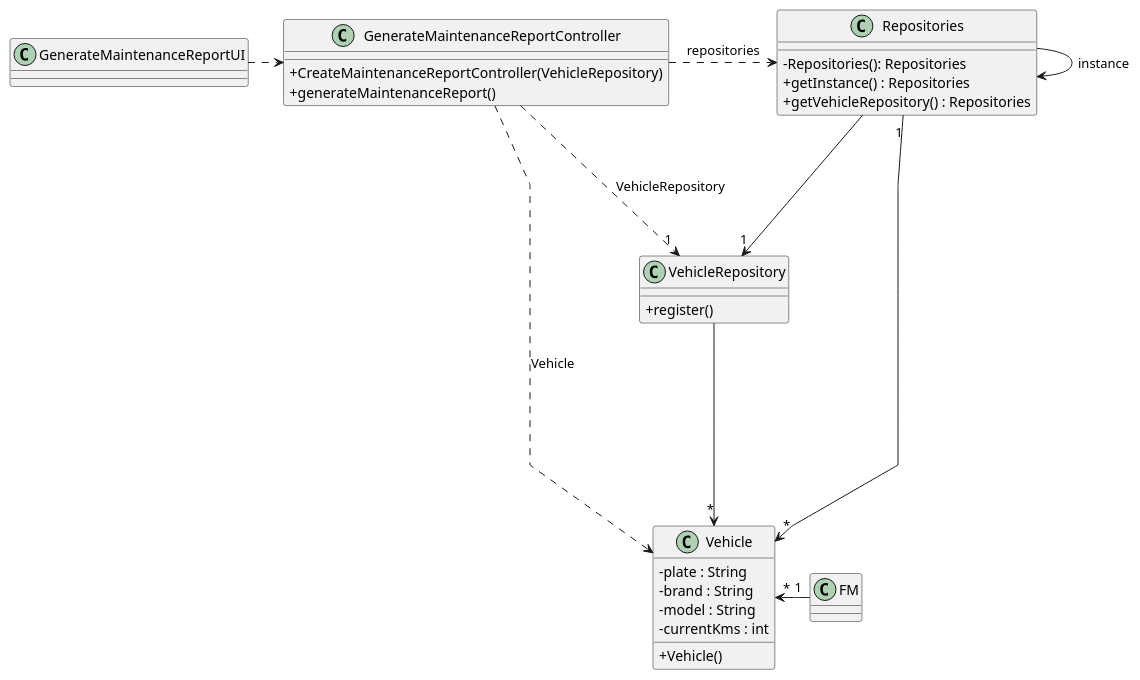
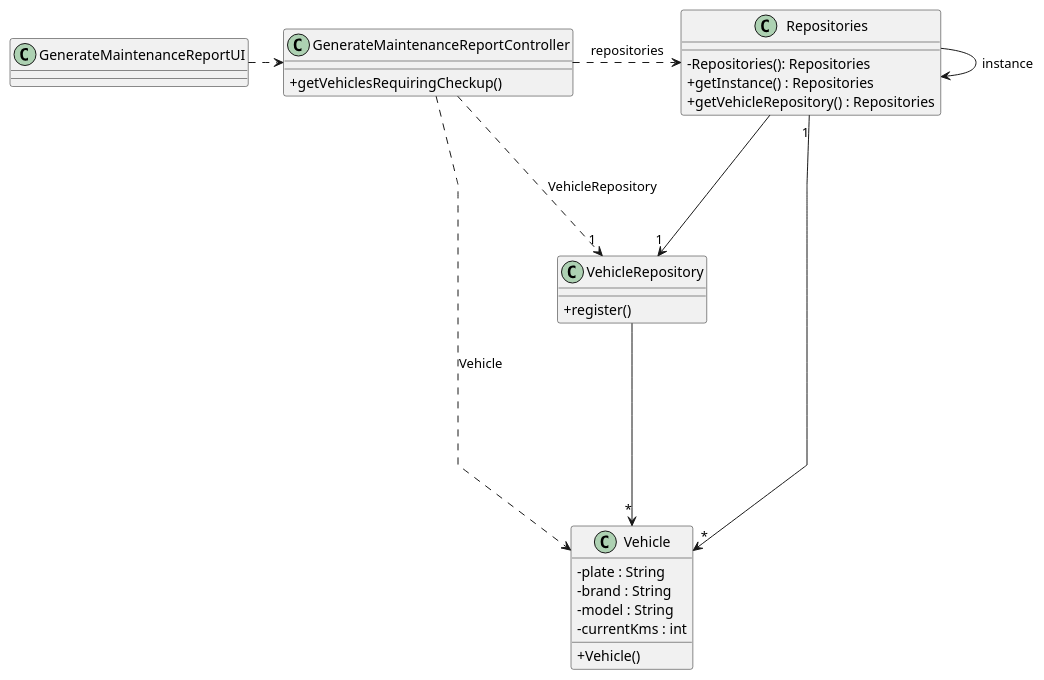
Before and after one commit to Departamento-de-Engenharia-Informatica/lei-24-s2-1dkl-g134: the diagram in docs/sprintB/us008/03.design/puml/us008-class-diagram.puml, drawn with PlantUML. The commit also changed 1 other file, not shown here.

Commit message:
US008 Class Diagram (Update)

```diff
--- a/docs/sprintB/us008/03.design/puml/us008-class-diagram.puml
+++ b/docs/sprintB/us008/03.design/puml/us008-class-diagram.puml
@@ -1,53 +1,52 @@
 @startuml
 'skinparam monochrome true
 skinparam packageStyle rectangle
 skinparam shadowing false
 skinparam linetype polyline
 'skinparam linetype orto
 
 skinparam classAttributeIconSize 0
 
 'left to right direction
 
 class GenerateMaintenanceReportUI{
 }
 
 
 class GenerateMaintenanceReportController{
-   +CreateMaintenanceReportController(VehicleRepository)
-     +generateMaintenanceReport()
+
+    +getVehiclesRequiringCheckup()
  }
 
 class Repositories {
     - Repositories(): Repositories
     + getInstance() : Repositories
     + getVehicleRepository() : Repositories
 }
 
 
 class VehicleRepository {
     + register()
 
 }
 
 class  Vehicle{
    -plate : String
        -brand : String
        -model : String
        -currentKms : int
        +Vehicle()
 }
 
-class FM{
-}
+
 GenerateMaintenanceReportUI .>  GenerateMaintenanceReportController
  GenerateMaintenanceReportController ...r> Repositories : repositories
 Repositories ---> "1" VehicleRepository
 Repositories -> Repositories : instance
 Repositories "1" --> "*" Vehicle
 
 VehicleRepository --> "*" Vehicle
-FM "1" -l-> "*" Vehicle
+
  GenerateMaintenanceReportController ......>  Vehicle : Vehicle
  GenerateMaintenanceReportController ...> "1" VehicleRepository : VehicleRepository
 @enduml
```
